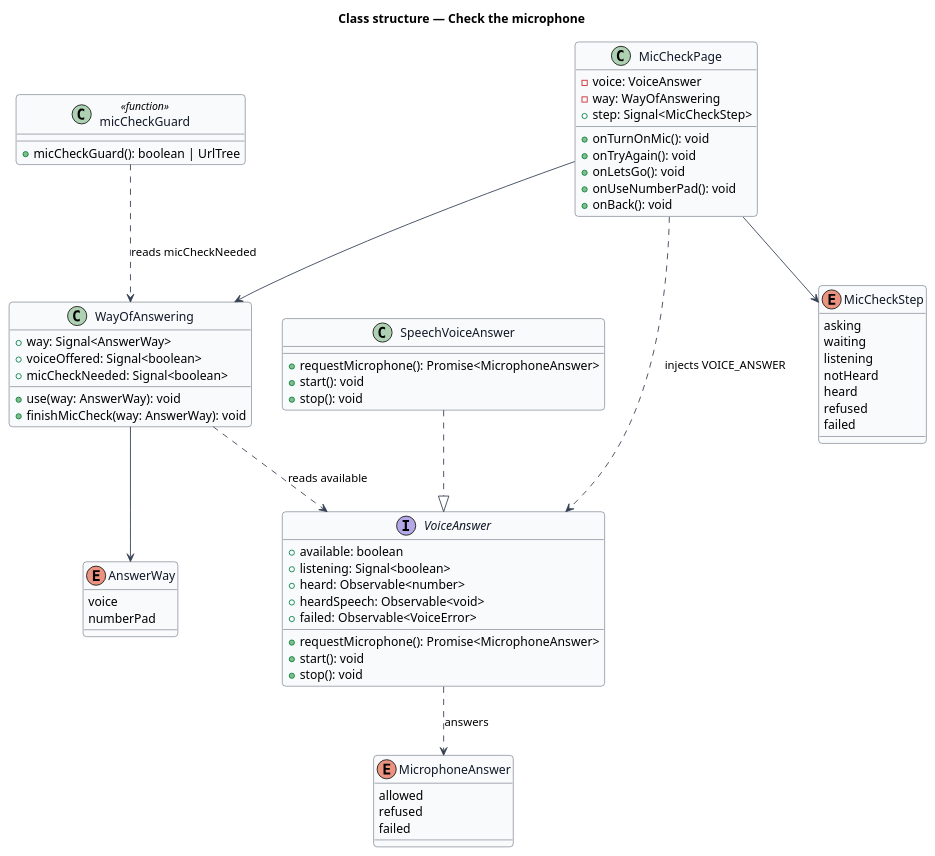
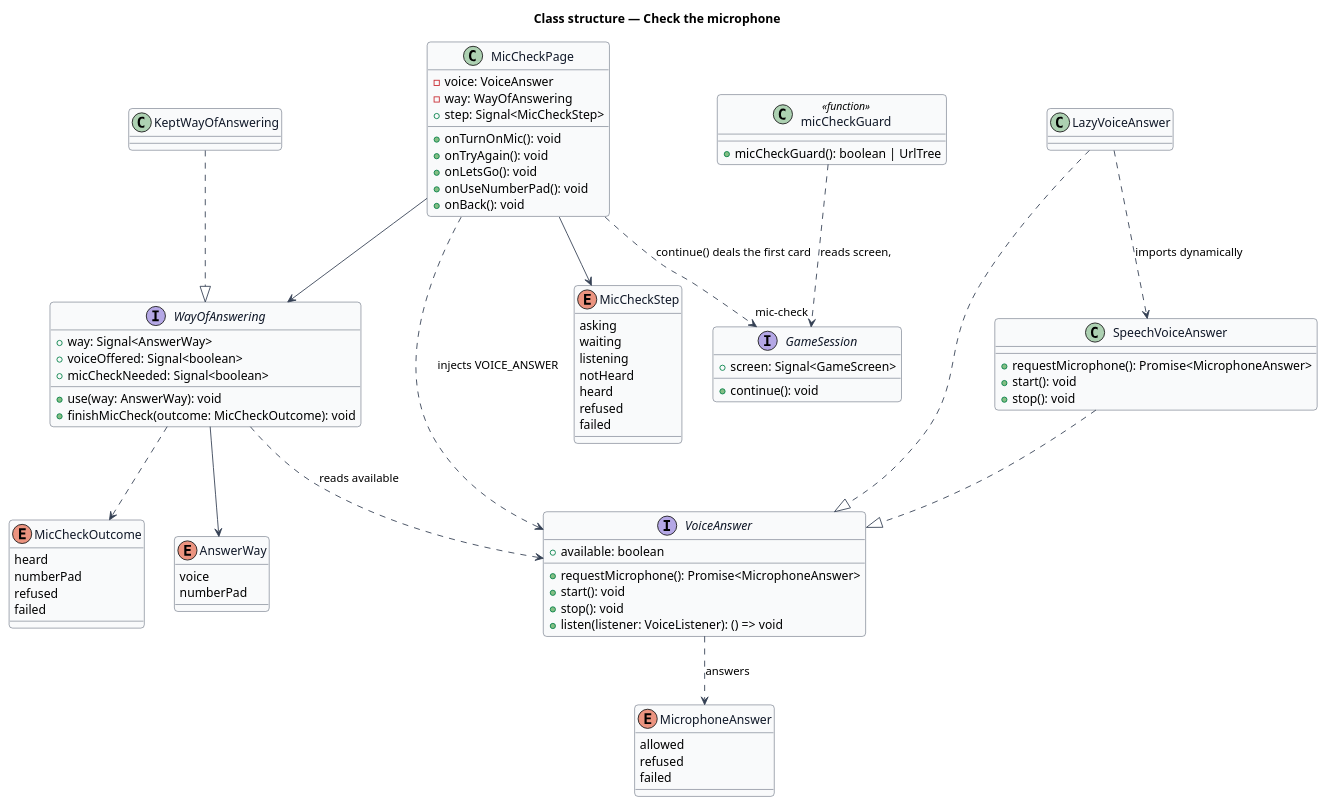
One commit to QuinntyneBrown/around-the-world changed the diagram in docs/detailed-designs/answering/check-mic/diagrams/class-structure.puml. Above: the diagram before and after it, drawn with PlantUML. The commit also changed 19 other files, not shown here.

First line of the commit message:
Decide how voice answers: on the device, what is heard, when Mic Check shows

```diff
--- a/docs/detailed-designs/answering/check-mic/diagrams/class-structure.puml
+++ b/docs/detailed-designs/answering/check-mic/diagrams/class-structure.puml
@@ -1,78 +1,92 @@
 @startuml
 ' --- shared skin header ---
 skinparam backgroundColor #FFFFFF
 skinparam shadowing false
 skinparam roundcorner 8
 skinparam defaultFontName Arial
 skinparam ArrowColor #344054
 skinparam class {
   BorderColor #344054
   FontColor #101828
   BackgroundColor #F9FAFB
 }
 ' --------------------------
 title Class structure — Check the microphone
 
 interface VoiceAnswer {
   +available: boolean
-  +listening: Signal<boolean>
-  +heard: Observable<number>
-  +heardSpeech: Observable<void>
-  +failed: Observable<VoiceError>
   +requestMicrophone(): Promise<MicrophoneAnswer>
   +start(): void
   +stop(): void
+  +listen(listener: VoiceListener): () => void
 }
 enum MicrophoneAnswer {
   allowed
   refused
   failed
 }
-class WayOfAnswering {
+interface WayOfAnswering {
   +way: Signal<AnswerWay>
   +voiceOffered: Signal<boolean>
   +micCheckNeeded: Signal<boolean>
   +use(way: AnswerWay): void
-  +finishMicCheck(way: AnswerWay): void
+  +finishMicCheck(outcome: MicCheckOutcome): void
 }
+enum MicCheckOutcome {
+  heard
+  numberPad
+  refused
+  failed
+}
+class KeptWayOfAnswering
 enum AnswerWay {
   voice
   numberPad
 }
 enum MicCheckStep {
   asking
   waiting
   listening
   notHeard
   heard
   refused
   failed
 }
 class MicCheckPage {
   -voice: VoiceAnswer
   -way: WayOfAnswering
   +step: Signal<MicCheckStep>
   +onTurnOnMic(): void
   +onTryAgain(): void
   +onLetsGo(): void
   +onUseNumberPad(): void
   +onBack(): void
 }
 class micCheckGuard <<function>> {
   +micCheckGuard(): boolean | UrlTree
 }
+class LazyVoiceAnswer
 class SpeechVoiceAnswer {
   +requestMicrophone(): Promise<MicrophoneAnswer>
   +start(): void
   +stop(): void
 }
 
+LazyVoiceAnswer ..|> VoiceAnswer
+LazyVoiceAnswer ..> SpeechVoiceAnswer : imports dynamically
 SpeechVoiceAnswer ..|> VoiceAnswer
+KeptWayOfAnswering ..|> WayOfAnswering
+WayOfAnswering ..> MicCheckOutcome
 VoiceAnswer ..> MicrophoneAnswer : answers
 MicCheckPage ..> VoiceAnswer : injects VOICE_ANSWER
 MicCheckPage --> WayOfAnswering
 MicCheckPage --> MicCheckStep
-micCheckGuard ..> WayOfAnswering : reads micCheckNeeded
+micCheckGuard ..> GameSession : reads screen, "mic-check"
+interface GameSession {
+  +screen: Signal<GameScreen>
+  +continue(): void
+}
+MicCheckPage ..> GameSession : continue() deals the first card
 WayOfAnswering --> AnswerWay
 WayOfAnswering ..> VoiceAnswer : reads available
 @enduml
```
